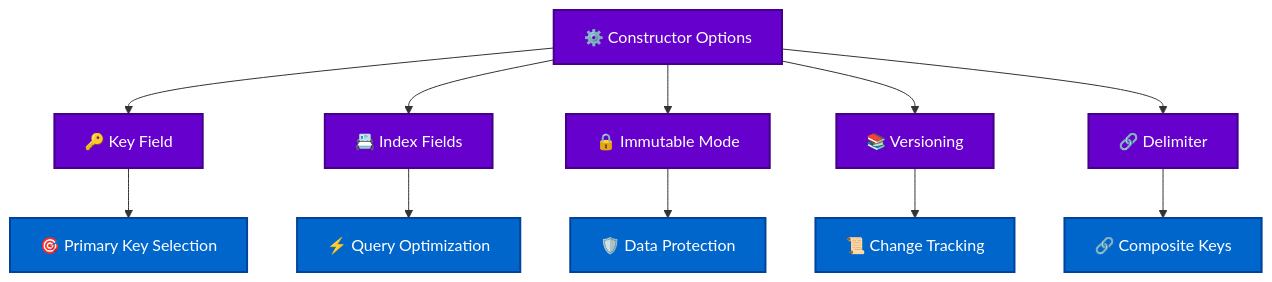
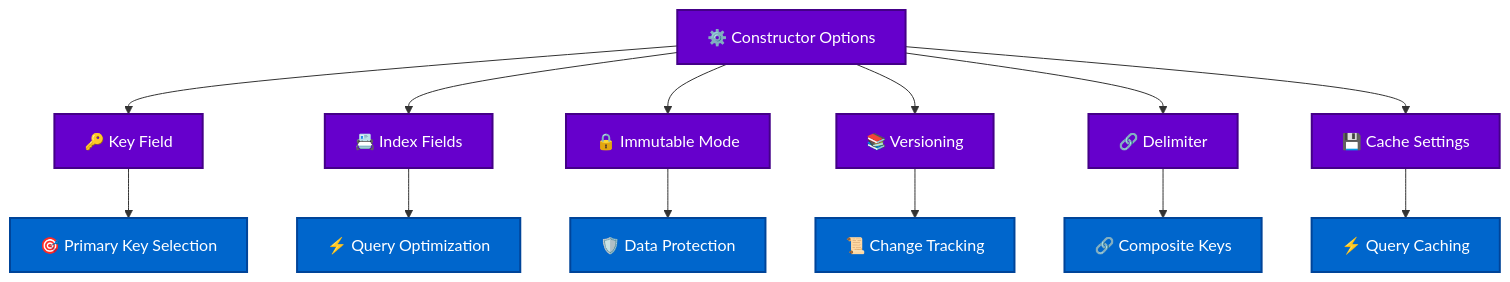
Before and after one commit to avoidwork/haro: the sixth of 9 diagrams in docs/TECHNICAL_DOCUMENTATION.md, drawn with Mermaid. The commit also changed other lines of this file, not shown here.

Commit message:
Update mermaid diagrams for accuracy

````diff
--- a/docs/TECHNICAL_DOCUMENTATION.md
+++ b/docs/TECHNICAL_DOCUMENTATION.md
@@ -426,20 +431,22 @@
 ```mermaid
 graph TD
     A["⚙️ Constructor Options"] --> B["🔑 Key Field"]
     A --> C["📇 Index Fields"]
     A --> D["🔒 Immutable Mode"]
     A --> E["📚 Versioning"]
     A --> F["🔗 Delimiter"]
+    A --> G["💾 Cache Settings"]
     
-    B --> G["🎯 Primary Key Selection"]
-    C --> H["⚡ Query Optimization"]
-    D --> I["🛡️ Data Protection"]
-    E --> J["📜 Change Tracking"]
-    F --> K["🔗 Composite Keys"]
+    B --> H["🎯 Primary Key Selection"]
+    C --> I["⚡ Query Optimization"]
+    D --> J["🛡️ Data Protection"]
+    E --> K["📜 Change Tracking"]
+    F --> L["🔗 Composite Keys"]
+    G --> M["⚡ Query Caching"]
     
     classDef config fill:#6600CC,stroke:#440088,stroke-width:2px,color:#fff
     classDef feature fill:#0066CC,stroke:#004499,stroke-width:2px,color:#fff
     
-    class A,B,C,D,E,F config
-    class G,H,I,J,K feature
+    class A,B,C,D,E,F,G config
+    class H,I,J,K,L,M feature
 ```
````
